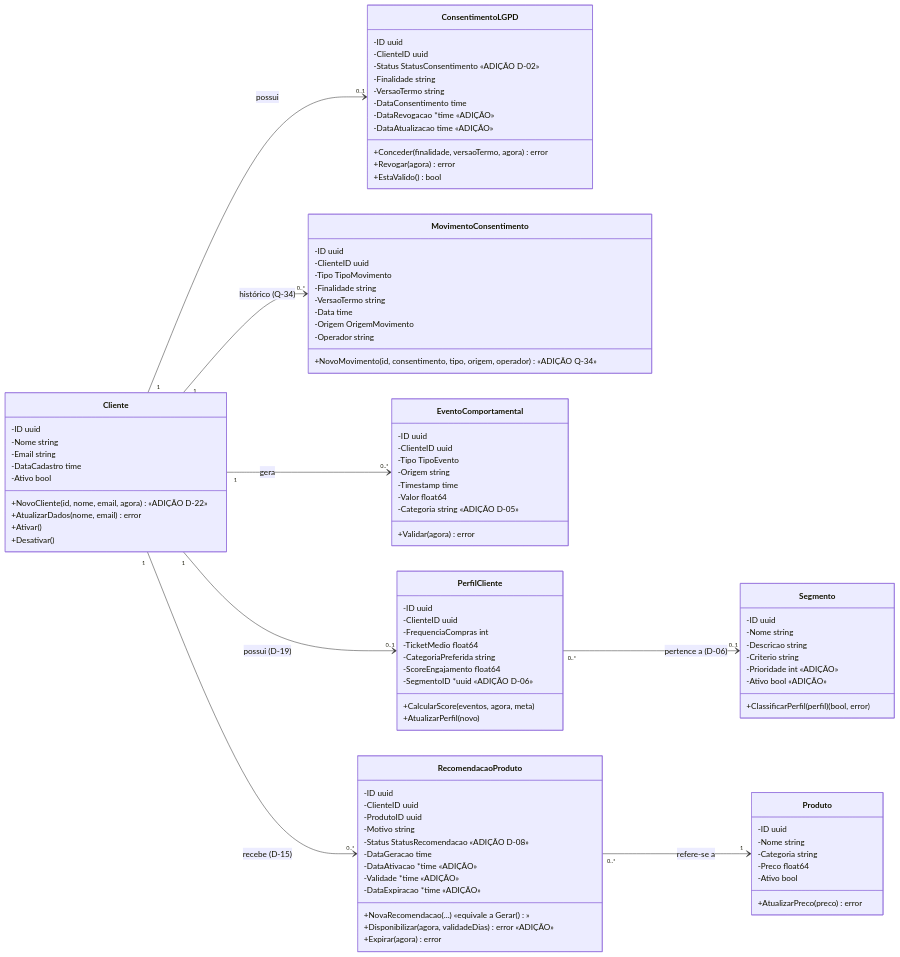
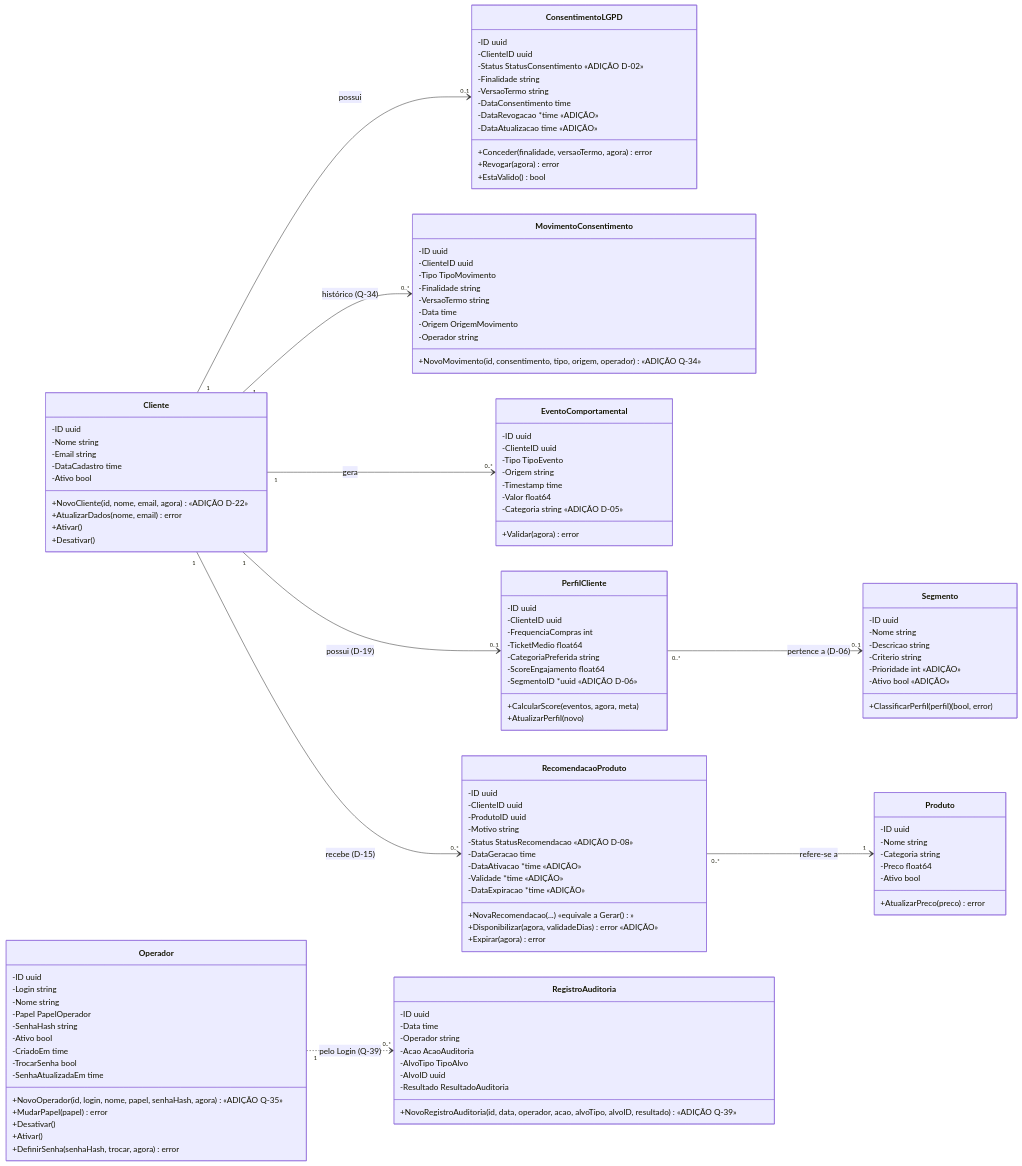
Before and after one commit to sthefanyblima/perfila: the first of 2 diagrams in docs/uml/UML2_classes.md, drawn with Mermaid. The commit also changed other lines of this file and 6 other files, not shown here.

````diff
--- a/docs/uml/UML2_classes.md
+++ b/docs/uml/UML2_classes.md
@@ -99,6 +99,32 @@
     -Ativo bool
     +AtualizarPreco(preco) error
   }
+  class Operador {
+    -ID uuid
+    -Login string
+    -Nome string
+    -Papel PapelOperador
+    -SenhaHash string
+    -Ativo bool
+    -CriadoEm time
+    -TrocarSenha bool
+    -SenhaAtualizadaEm time
+    +NovoOperador(id, login, nome, papel, senhaHash, agora) «ADIÇÃO Q-35»
+    +MudarPapel(papel) error
+    +Desativar()
+    +Ativar()
+    +DefinirSenha(senhaHash, trocar, agora) error
+  }
+  class RegistroAuditoria {
+    -ID uuid
+    -Data time
+    -Operador string
+    -Acao AcaoAuditoria
+    -AlvoTipo TipoAlvo
+    -AlvoID uuid
+    -Resultado ResultadoAuditoria
+    +NovoRegistroAuditoria(id, data, operador, acao, alvoTipo, alvoID, resultado) «ADIÇÃO Q-39»
+  }
 
   Cliente "1" --> "0..1" ConsentimentoLGPD : possui
   Cliente "1" --> "0..*" MovimentoConsentimento : histórico (Q-34)
@@ -107,4 +133,5 @@
   Cliente "1" --> "0..*" RecomendacaoProduto : recebe (D-15)
   PerfilCliente "0..*" --> "0..1" Segmento : pertence a (D-06)
   RecomendacaoProduto "0..*" --> "1" Produto : refere-se a
+  Operador "1" ..> "0..*" RegistroAuditoria : pelo Login (Q-39)
 ```
````
